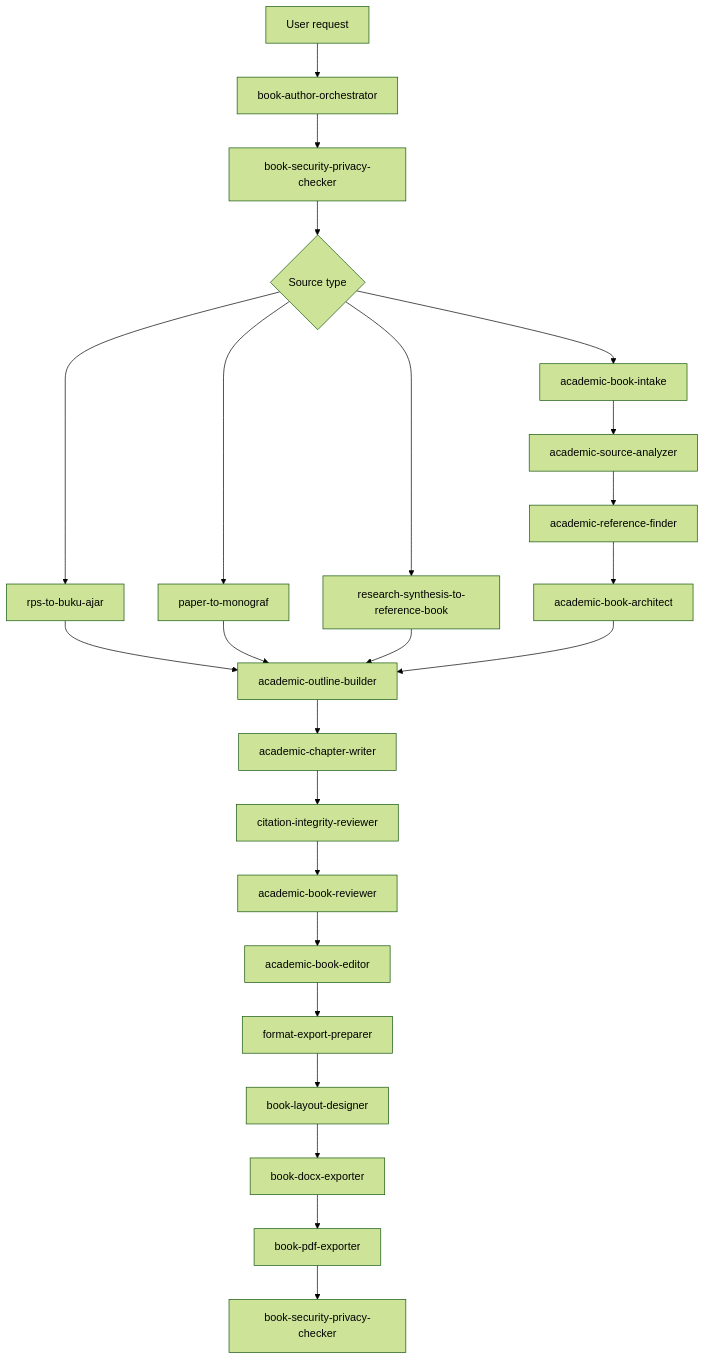
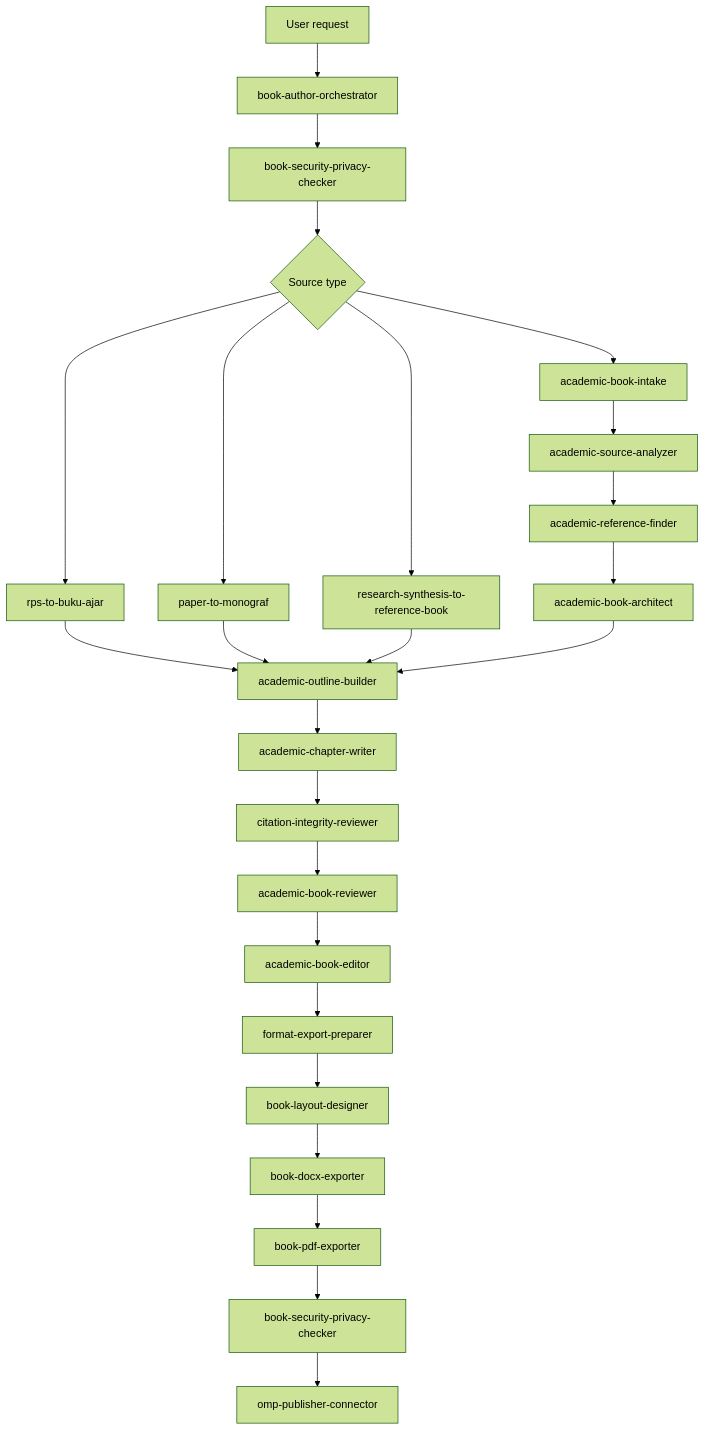
One commit to lensetek/Book-Author-Agent-Skills changed the first of 2 diagrams in README.md. Above: the diagram before and after it, drawn with Mermaid (forest theme). The commit also changed other lines of this file and 6 other files, not shown here.

First line of the commit message:
feat(v1.5): add smart PDF/OCR extractor and headless OMP publisher with layman wizard

````diff
--- a/README.md
+++ b/README.md
@@ -121,26 +127,27 @@
 ```mermaid
 flowchart TD
     A["User request"] --> B["book-author-orchestrator"]
     B --> C["book-security-privacy-checker"]
     C --> D{"Source type"}
     D --> E["rps-to-buku-ajar"]
     D --> F["paper-to-monograf"]
     D --> G["research-synthesis-to-reference-book"]
     D --> H["academic-book-intake"]
     H --> I["academic-source-analyzer"]
     I --> T["academic-reference-finder"]
     T --> U["academic-book-architect"]
     E --> J["academic-outline-builder"]
     F --> J
     G --> J
     U --> J
     J --> K["academic-chapter-writer"]
     K --> L["citation-integrity-reviewer"]
     L --> M["academic-book-reviewer"]
     M --> N["academic-book-editor"]
     N --> O["format-export-preparer"]
     O --> P["book-layout-designer"]
     P --> Q["book-docx-exporter"]
     Q --> R["book-pdf-exporter"]
     R --> S["book-security-privacy-checker"]
+    S --> V["omp-publisher-connector"]
 ```
````
